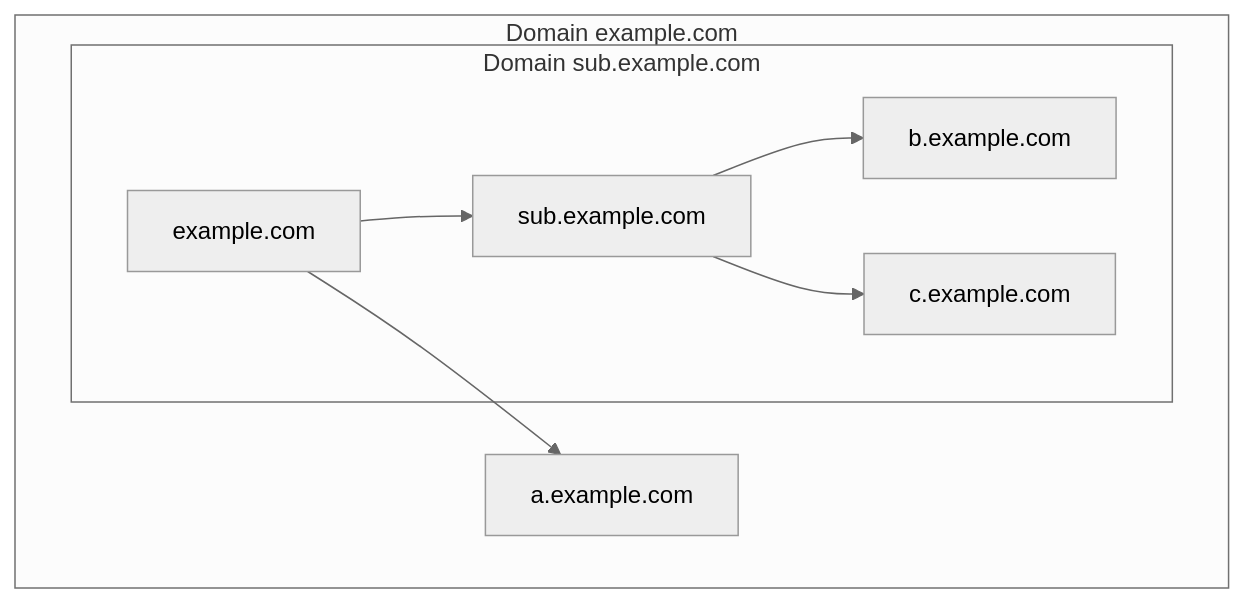
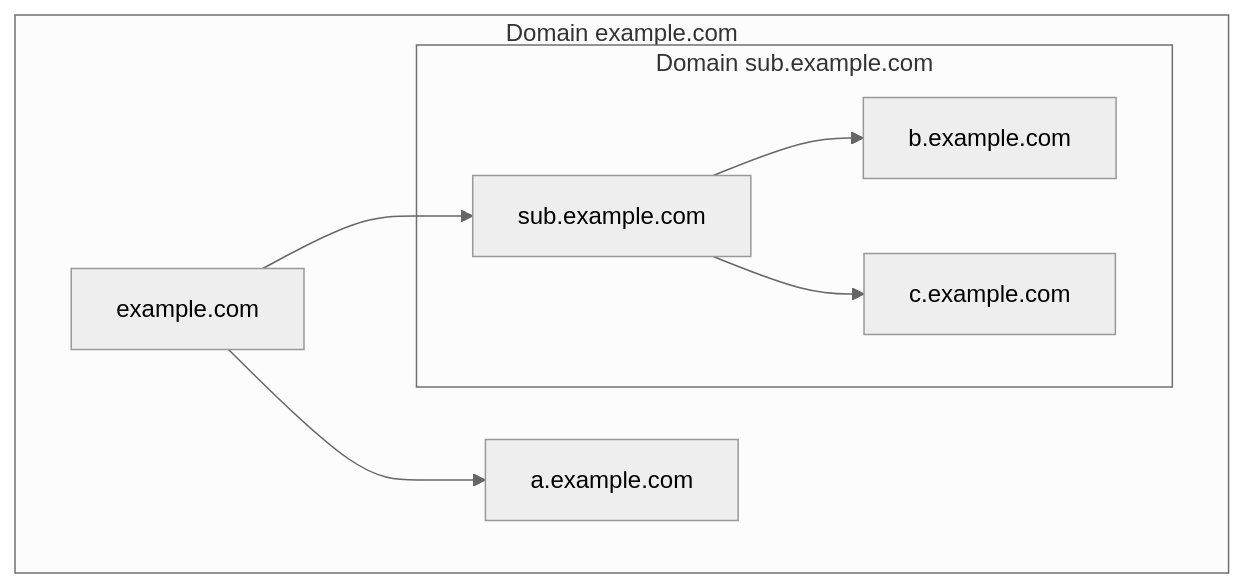
Before and after one commit to uo294319/Notes: the second of 2 diagrams in 4S1/4S1_Servicios/data/T3-1.md, drawn with Mermaid (neutral theme). The commit also changed other lines of this file, not shown here.

````diff
--- a/4S1/4S1_Servicios/data/T3-1.md
+++ b/4S1/4S1_Servicios/data/T3-1.md
@@ -34,12 +34,12 @@
 ```mermaid
 flowchart TB
     subgraph "Domain example.com"
 		ROOT[example.com] --> A[a.example.com]
+		ROOT --> SUB[sub.example.com]
 		
 		subgraph "Domain sub.example.com"
-			ROOT --> SUB[sub.example.com]
 			SUB[sub.example.com] --> B[b.example.com]
 			SUB[sub.example.com] --> C[c.example.com]
 		end
 	end
 ```
````
